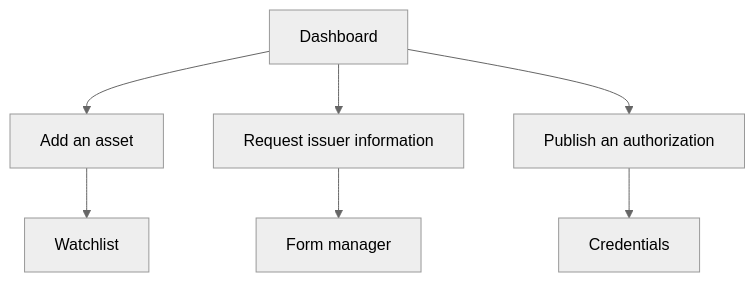
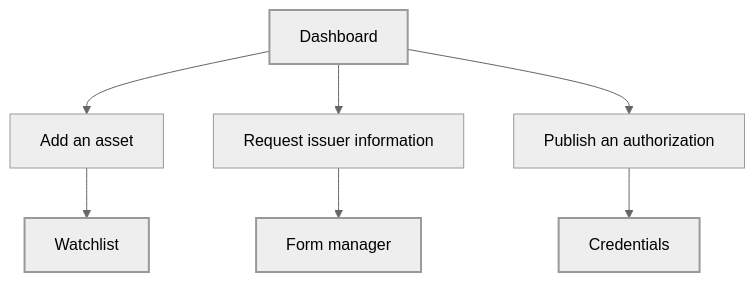
Before and after one commit to blupryntco/docs: the diagram in proof/dashboard.mdx, drawn with Mermaid (neutral theme). The commit also changed 54 other files, not shown here.

Commit message:
Diagrams in site palette with dark mode; Developers overview for SDK + both APIs

````diff
--- a/proof/dashboard.mdx
+++ b/proof/dashboard.mdx
@@ -20,9 +20,13 @@
 ```mermaid
 flowchart TD
   A[Dashboard] --> B[Add an asset]
   A --> C[Request issuer information]
   A --> D[Publish an authorization]
   B --> E[Watchlist]
   C --> F[Form manager]
   D --> G[Credentials]
+classDef start stroke-width:2px
+classDef done stroke-width:2px
+class A start
+class E,F,G done
 ```
````
